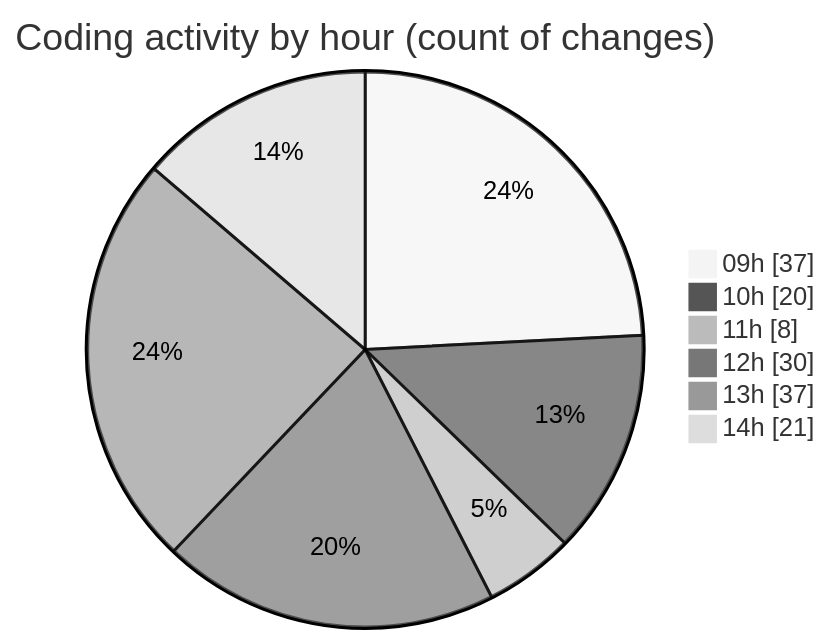
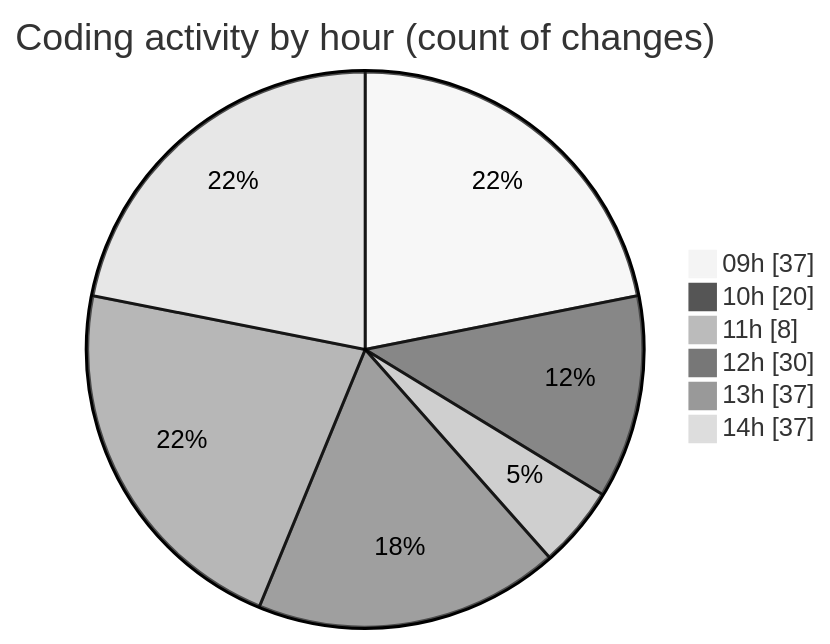
The second of 2 diagrams in 2026-05-08/cda/README.md (momahboobian/code-tracking), drawn with Mermaid (neutral theme) before and after one commit. The commit also changed other lines of this file and 1 other file, not shown here.

````diff
--- a/2026-05-08/cda/README.md
+++ b/2026-05-08/cda/README.md
@@ -56,10 +56,10 @@
 ```mermaid
 pie showData
 title Coding activity by hour (count of changes)
 "09h" : 37
 "10h" : 20
 "11h" : 8
 "12h" : 30
 "13h" : 37
-"14h" : 21
+"14h" : 37
 ```
````
